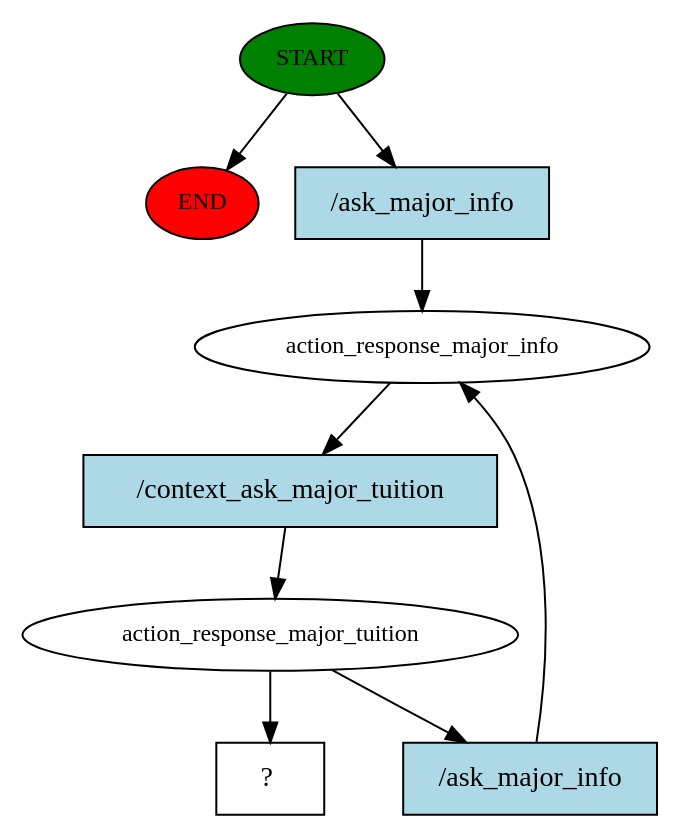
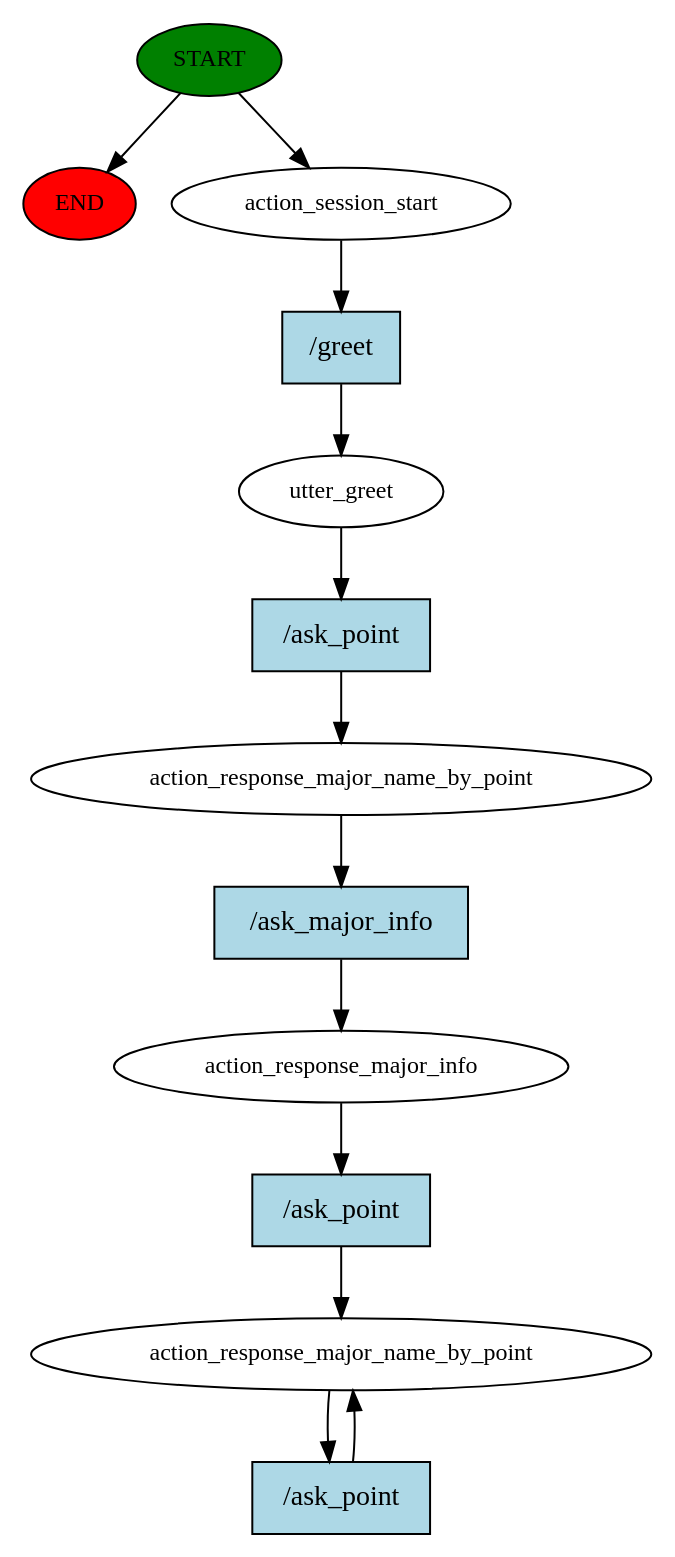
Before and after one commit to Jester6136/Edubot: the diagram in story_graph.dot, drawn with Graphviz. The commit also changed 8 other files, not shown here.

```diff
--- a/story_graph.dot
+++ b/story_graph.dot
@@ -1,18 +1,26 @@
 digraph  {
 0 [class="start active", fillcolor=green, fontsize=12, label=START, style=filled];
 "-1" [class=end, fillcolor=red, fontsize=12, label=END, style=filled];
-1 [class=active, fontsize=12, label=action_response_major_info];
-2 [class=active, fontsize=12, label=action_response_major_tuition];
-5 [class="intent dashed active", label="  ?  ", shape=rect];
-6 [class="intent active", fillcolor=lightblue, label="/ask_major_info", shape=rect, style=filled];
-7 [class="intent active", fillcolor=lightblue, label="/context_ask_major_tuition", shape=rect, style=filled];
-8 [class="intent active", fillcolor=lightblue, label="/ask_major_info", shape=rect, style=filled];
+1 [class=active, fontsize=12, label=action_session_start];
+2 [class=active, fontsize=12, label=utter_greet];
+3 [class=active, fontsize=12, label=action_response_major_name_by_point];
+4 [class=active, fontsize=12, label=action_response_major_info];
+5 [class="active dashed", fontsize=12, label=action_response_major_name_by_point];
+7 [class="intent active", fillcolor=lightblue, label="/greet", shape=rect, style=filled];
+8 [class="intent active", fillcolor=lightblue, label="/ask_point", shape=rect, style=filled];
+9 [class="intent active", fillcolor=lightblue, label="/ask_major_info", shape=rect, style=filled];
+10 [class="intent active", fillcolor=lightblue, label="/ask_point", shape=rect, style=filled];
+11 [class="intent active", fillcolor=lightblue, label="/ask_point", shape=rect, style=filled];
 0 -> "-1"  [class="", key=NONE, label=""];
-0 -> 6  [class=active, key=0];
+0 -> 1  [class=active, key=NONE, label=""];
 1 -> 7  [class=active, key=0];
-2 -> 5  [class=active, key=NONE, label=""];
 2 -> 8  [class=active, key=0];
-6 -> 1  [class=active, key=0];
+3 -> 9  [class=active, key=0];
+4 -> 10  [class=active, key=0];
+5 -> 11  [class=active, key=0];
 7 -> 2  [class=active, key=0];
-8 -> 1  [class=active, key=0];
+8 -> 3  [class=active, key=0];
+9 -> 4  [class=active, key=0];
+10 -> 5  [class=active, key=0];
+11 -> 5  [class=active, key=0];
 }
```
